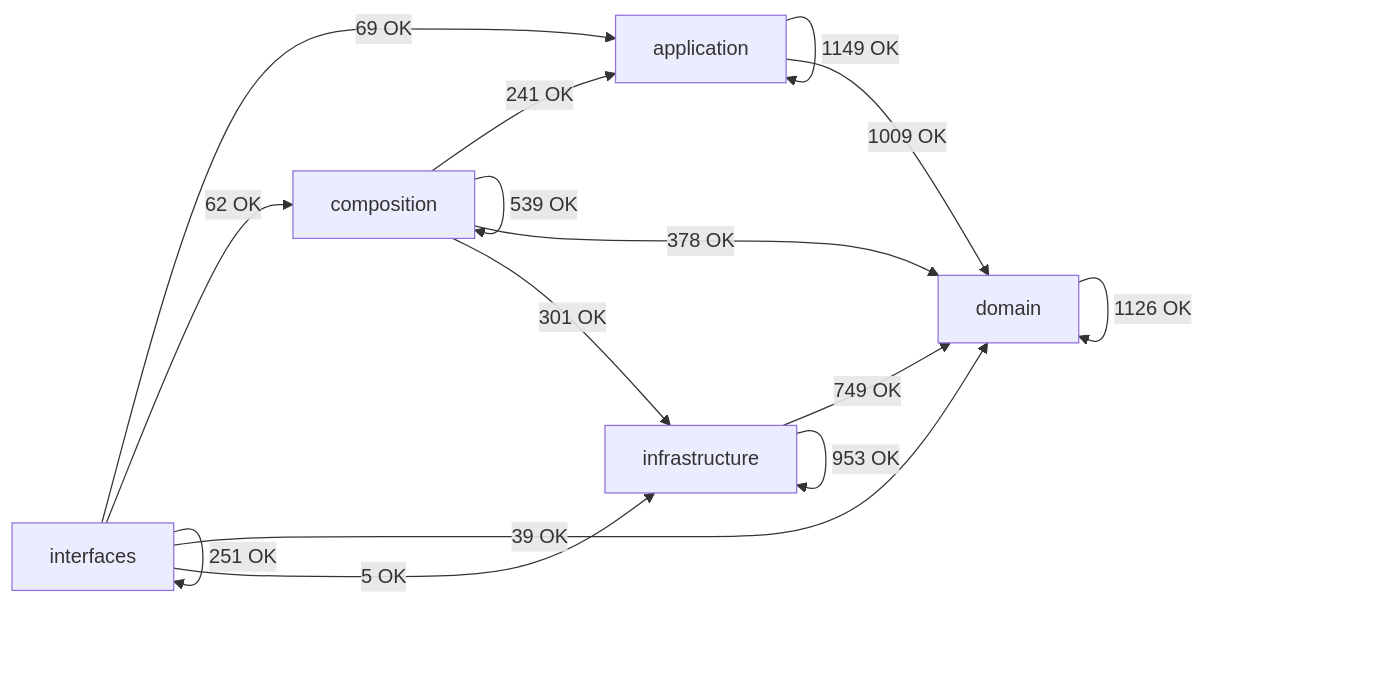
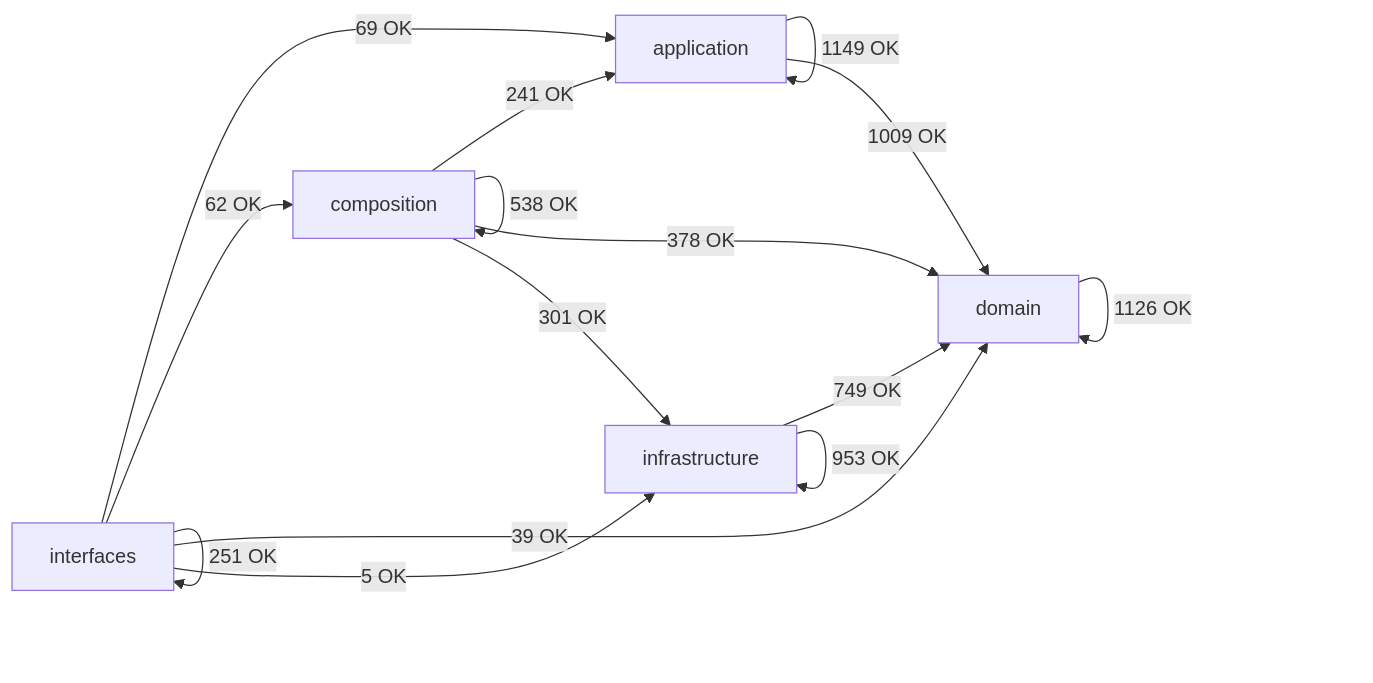
The diagram in docs/02-architecture/generated/module-dependency-map.md (SatoryKono/BioactivityDataAcquisition), drawn with Mermaid before and after one commit. The commit also changed other lines of this file and 67 other files, not shown here.

````diff
--- a/docs/02-architecture/generated/module-dependency-map.md
+++ b/docs/02-architecture/generated/module-dependency-map.md
@@ -17,22 +17,22 @@
 ```mermaid
 flowchart LR
     domain[domain]
     application[application]
     infrastructure[infrastructure]
     composition[composition]
     interfaces[interfaces]
     application -->|1149 OK| application
     application -->|1009 OK| domain
     composition -->|241 OK| application
-    composition -->|539 OK| composition
+    composition -->|538 OK| composition
     composition -->|378 OK| domain
     composition -->|301 OK| infrastructure
     domain -->|1126 OK| domain
     infrastructure -->|749 OK| domain
     infrastructure -->|953 OK| infrastructure
     interfaces -->|69 OK| application
     interfaces -->|62 OK| composition
     interfaces -->|39 OK| domain
     interfaces -->|5 OK| infrastructure
     interfaces -->|251 OK| interfaces
 ```
````
